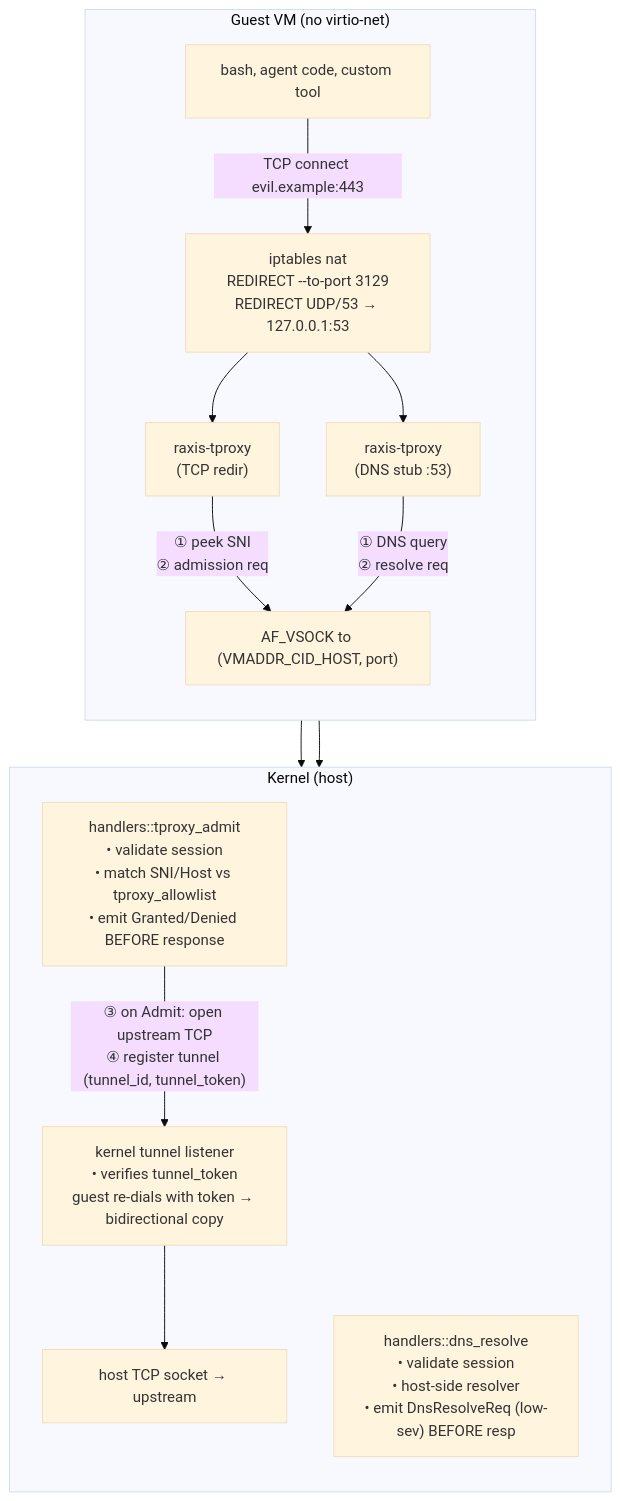
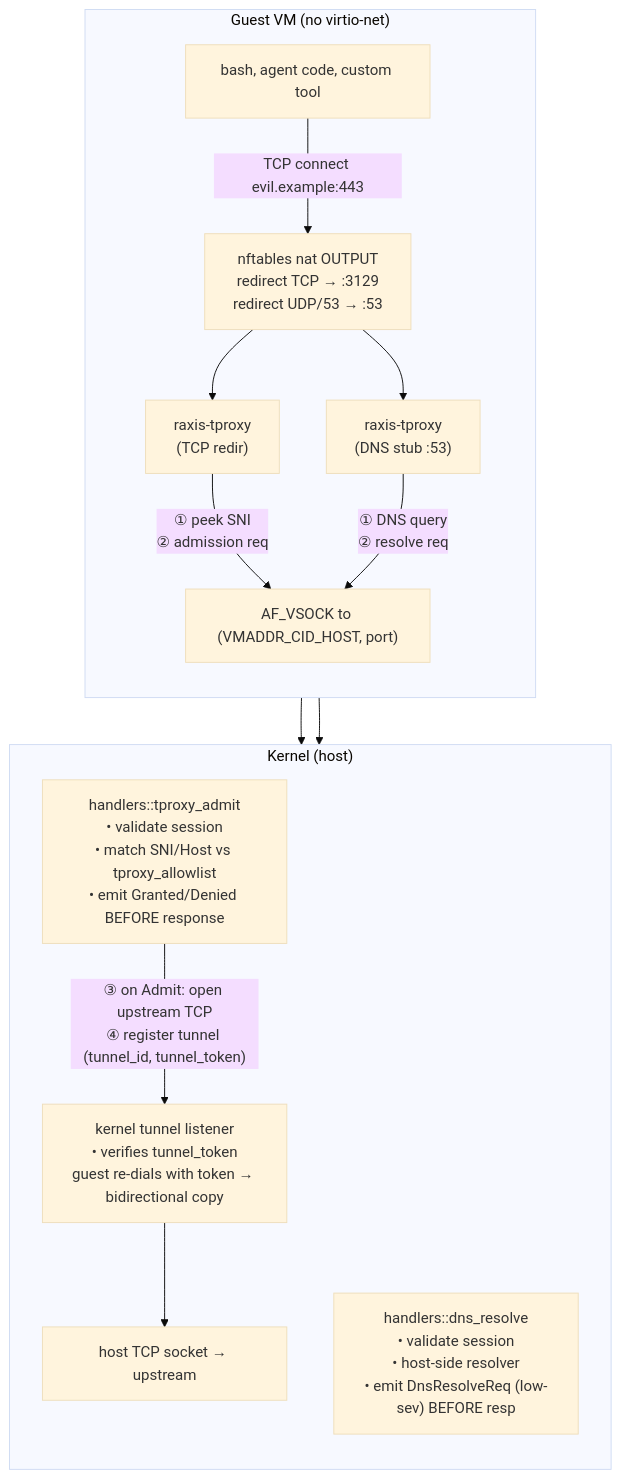
The diagram in raxis/specs/v2/airgap-architecture.md (chika5105/raxis), drawn with Mermaid (base theme) before and after one commit. The commit also changed other lines of this file and 35 other files, not shown here.

````diff
--- a/raxis/specs/v2/airgap-architecture.md
+++ b/raxis/specs/v2/airgap-architecture.md
@@ -83,35 +83,35 @@
 ```mermaid
 flowchart TD
     subgraph GuestVM["Guest VM (no virtio-net)"]
         direction TB
         Agent["bash, agent code, custom tool"]
-        Iptables["iptables nat<br/>REDIRECT --to-port 3129<br/>REDIRECT UDP/53 → 127.0.0.1:53"]
+        Nftables["nftables nat OUTPUT<br/>redirect TCP → :3129<br/>redirect UDP/53 → :53"]
         
         TproxyTcp["raxis-tproxy<br/>(TCP redir)"]
         TproxyDns["raxis-tproxy<br/>(DNS stub :53)"]
         
         Vsock["AF_VSOCK to (VMADDR_CID_HOST, port)"]
 
-        Agent -- "TCP connect evil.example:443" --> Iptables
-        Iptables --> TproxyTcp
-        Iptables --> TproxyDns
+        Agent -- "TCP connect evil.example:443" --> Nftables
+        Nftables --> TproxyTcp
+        Nftables --> TproxyDns
         
         TproxyTcp -- "① peek SNI<br/>② admission req" --> Vsock
         TproxyDns -- "① DNS query<br/>② resolve req" --> Vsock
     end
 
     subgraph KernelHost["Kernel (host)"]
         direction TB
         HandlerAdmit["handlers::tproxy_admit<br/>• validate session<br/>• match SNI/Host vs tproxy_allowlist<br/>• emit Granted/Denied BEFORE response"]
         HandlerDns["handlers::dns_resolve<br/>• validate session<br/>• host-side resolver<br/>• emit DnsResolveReq (low-sev) BEFORE resp"]
         
         TunnelListener["kernel tunnel listener<br/>• verifies tunnel_token<br/>guest re-dials with token → bidirectional copy"]
         Upstream["host TCP socket → upstream"]
 
         HandlerAdmit -- "③ on Admit: open upstream TCP<br/>④ register tunnel (tunnel_id, tunnel_token)" --> TunnelListener
         TunnelListener --> Upstream
     end
 
     Vsock --> HandlerAdmit
     Vsock --> HandlerDns
 ```
````
